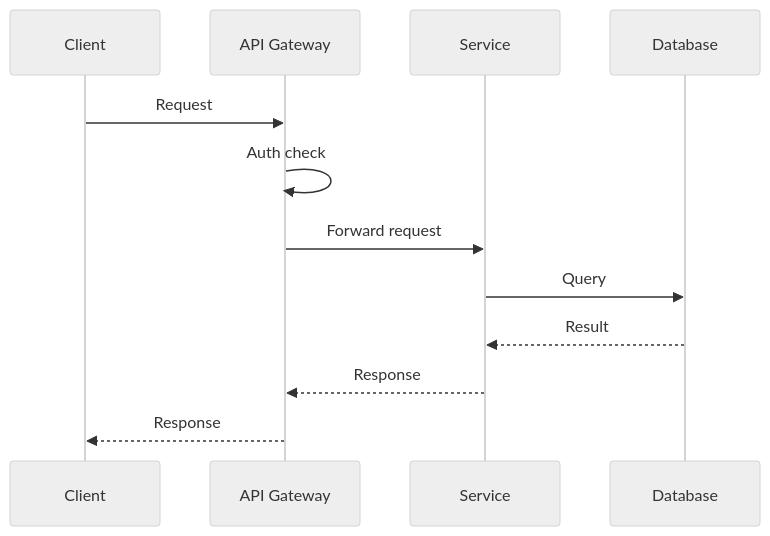
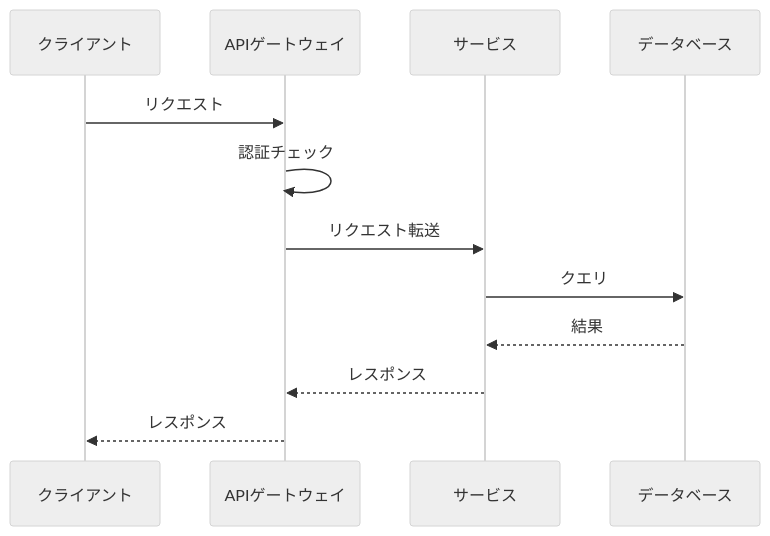
Before and after one commit to DIO0550/d-market: the second of 2 diagrams in plugins/spec-plugin/skills/api-spec/assets/templates/api-spec.md, drawn with Mermaid (neutral theme). The commit also changed other lines of this file and 16 other files, not shown here.

````diff
--- a/plugins/spec-plugin/skills/api-spec/assets/templates/api-spec.md
+++ b/plugins/spec-plugin/skills/api-spec/assets/templates/api-spec.md
@@ -207,15 +207,15 @@
 ```mermaid
 sequenceDiagram
-    participant C as Client
-    participant G as API Gateway
-    participant S as Service
-    participant D as Database
+    participant C as クライアント
+    participant G as APIゲートウェイ
+    participant S as サービス
+    participant D as データベース
 
-    C->>G: Request
-    G->>G: Auth check
-    G->>S: Forward request
-    S->>D: Query
-    D-->>S: Result
-    S-->>G: Response
-    G-->>C: Response
+    C->>G: リクエスト
+    G->>G: 認証チェック
+    G->>S: リクエスト転送
+    S->>D: クエリ
+    D-->>S: 結果
+    S-->>G: レスポンス
+    G-->>C: レスポンス
 ```
````
